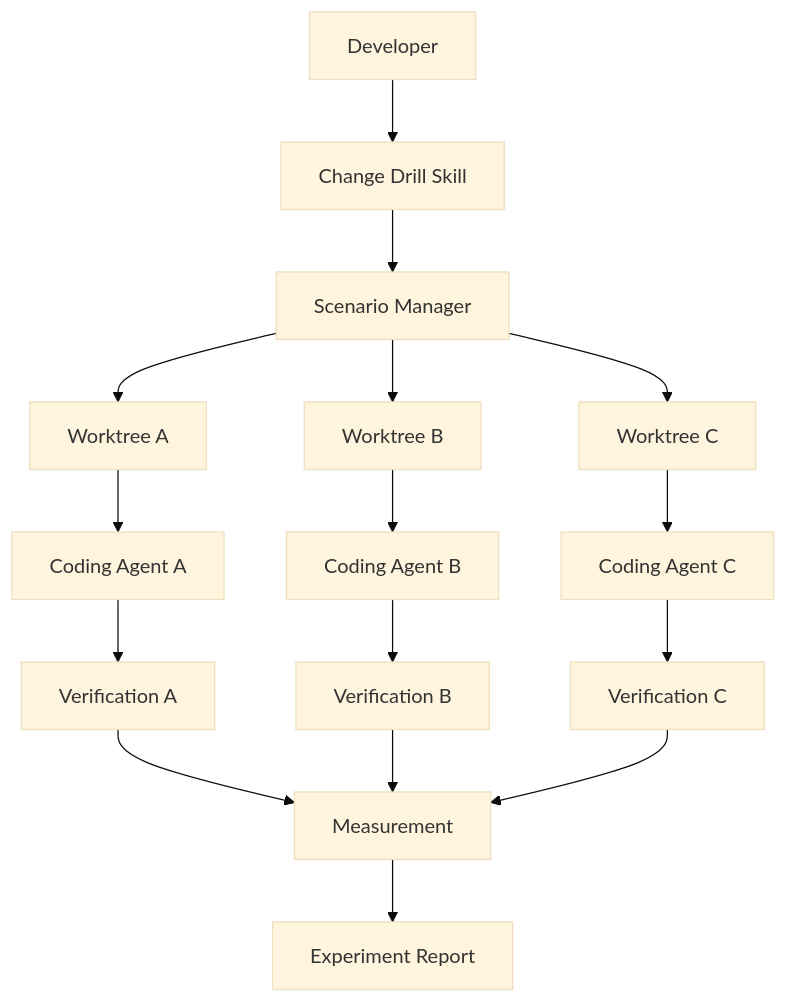
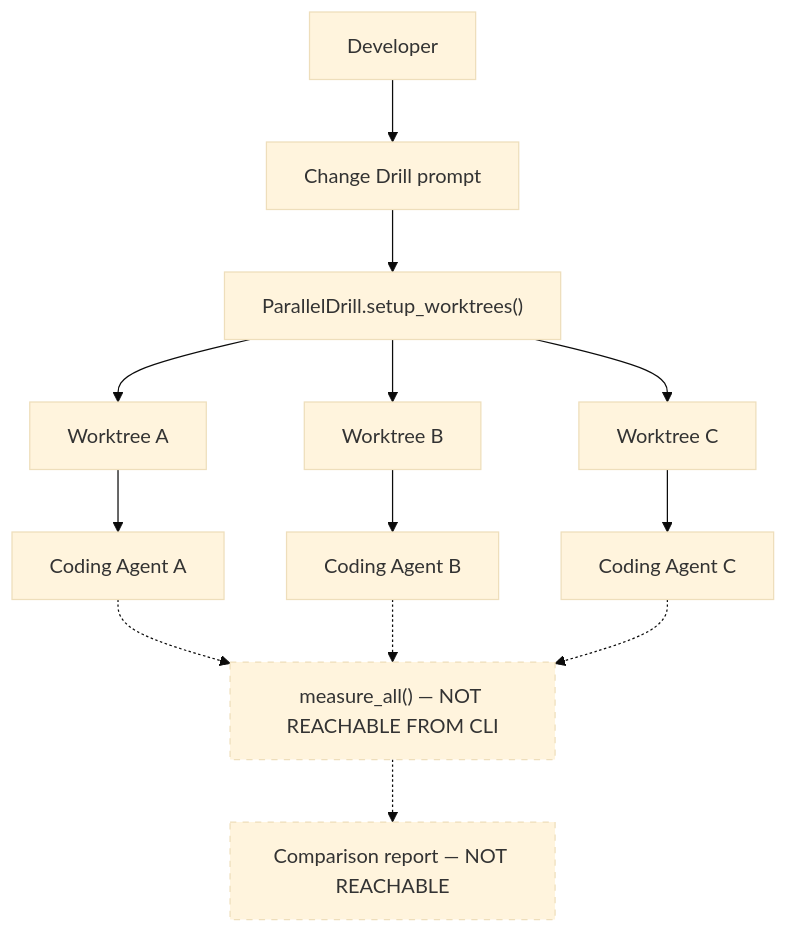
Before and after one commit to ReviewTicketFullstack/MiniProject: the second of 2 diagrams in docs/system_design.md, drawn with Mermaid (base theme). The commit also changed other lines of this file and 10 other files, not shown here.

````diff
--- a/docs/system_design.md
+++ b/docs/system_design.md
@@ -7,18 +52,19 @@
 ```mermaid
 flowchart TD
-    A[Developer] --> B[Change Drill Skill]
-    B --> C[Scenario Manager]
+    A[Developer] --> B[Change Drill prompt]
+    B --> C["ParallelDrill.setup_worktrees()"]
     C --> D[Worktree A]
     C --> E[Worktree B]
     C --> F[Worktree C]
     D --> G[Coding Agent A]
     E --> H[Coding Agent B]
     F --> I[Coding Agent C]
-    G --> J[Verification A]
-    H --> K[Verification B]
-    I --> L[Verification C]
-    J --> M[Measurement]
-    K --> M
-    L --> M
-    M --> N[Experiment Report]
+    G -.-> M
+    H -.-> M
+    I -.-> M
+    M["measure_all() — NOT REACHABLE FROM CLI"]
+    M -.-> N["Comparison report — NOT REACHABLE"]
+
+    style M stroke-dasharray: 5 5
+    style N stroke-dasharray: 5 5
 ```
````
